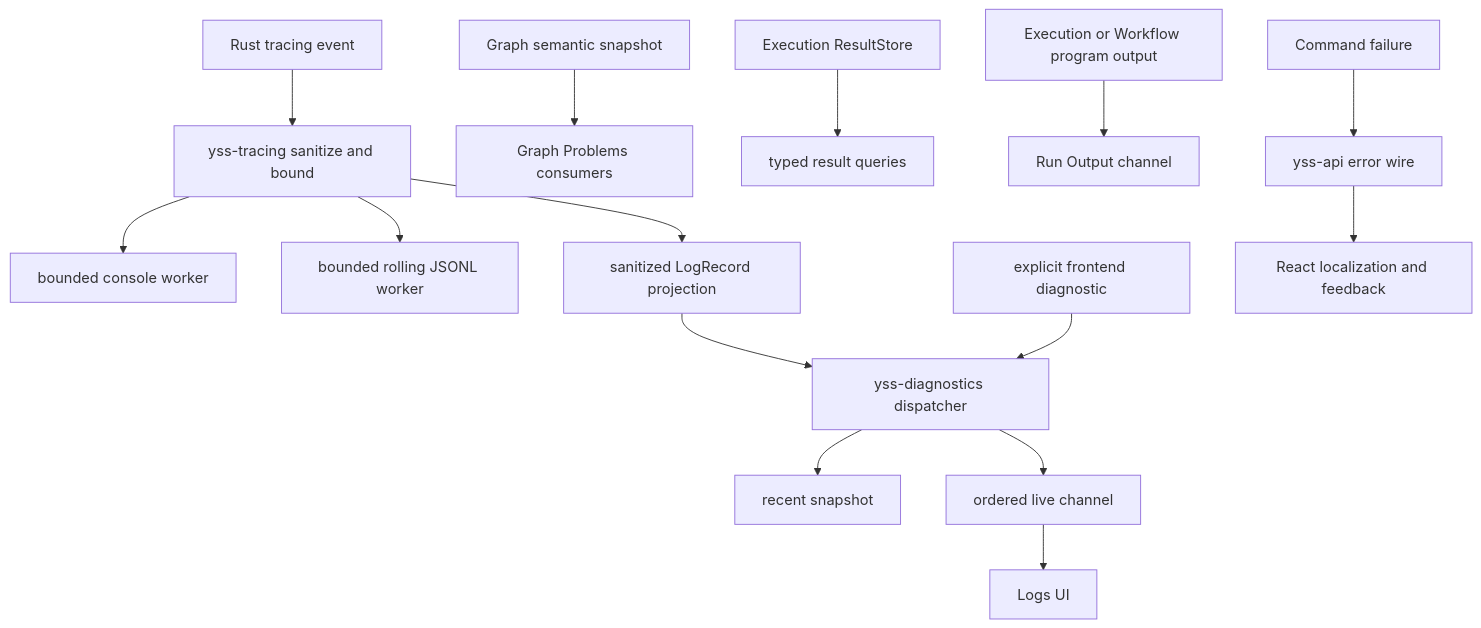
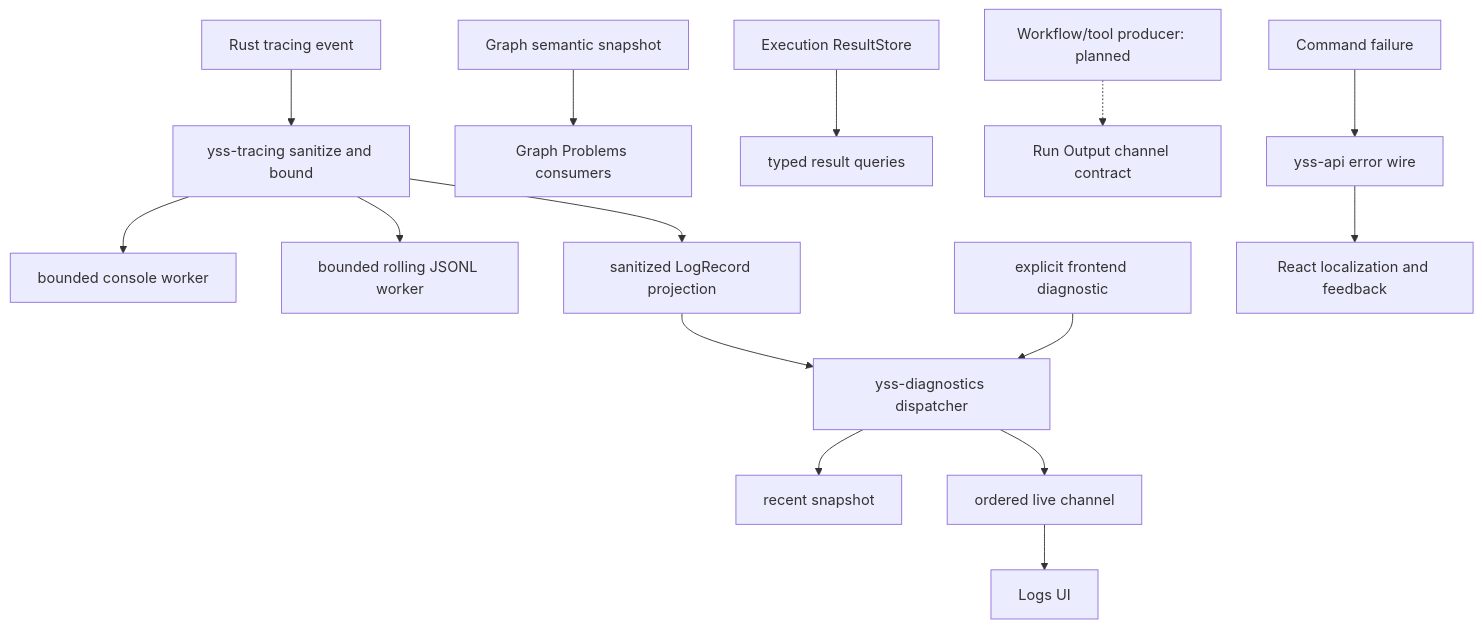
The diagram in docs/architecture/RUNTIME_SIGNALS.md (zhouyi207/YssBI), drawn with Mermaid before and after one commit. The commit also changed other lines of this file and 11 other files, not shown here.

Commit message:
docs(graph): document compile and execution lifecycle

````diff
--- a/docs/architecture/RUNTIME_SIGNALS.md
+++ b/docs/architecture/RUNTIME_SIGNALS.md
@@ -34,18 +34,18 @@
 ```mermaid
 flowchart TD
   TRACE[Rust tracing event] --> SANITIZE[yss-tracing sanitize and bound]
   SANITIZE --> CONSOLE[bounded console worker]
   SANITIZE --> FILE[bounded rolling JSONL worker]
   SANITIZE --> RUSTPROJ[sanitized LogRecord projection]
   RUSTPROJ --> DIAG[yss-diagnostics dispatcher]
   FEDIAG[explicit frontend diagnostic] --> DIAG
   DIAG --> RECENT[recent snapshot]
   DIAG --> LIVE[ordered live channel]
   LIVE --> LOGS[Logs UI]
 
   GRAPH[Graph semantic snapshot] --> PROBLEMS[Graph Problems consumers]
   RESULT[Execution ResultStore] --> RESULTQUERY[typed result queries]
-  PROGRAM[Execution or Workflow program output] --> OUTPUT[Run Output channel]
+  PROGRAM[Workflow/tool producer: planned] -.-> OUTPUT[Run Output channel contract]
   FAILURE[Command failure] --> WIRE[yss-api error wire]
   WIRE --> FEEDBACK[React localization and feedback]
 ```
````
